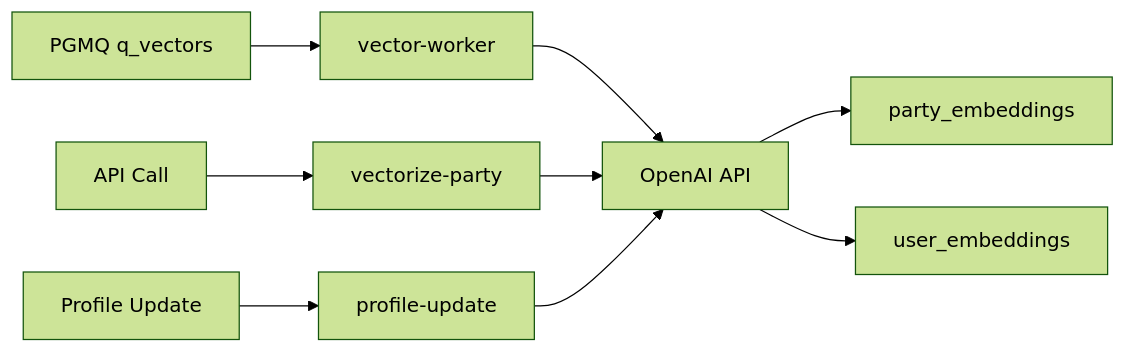
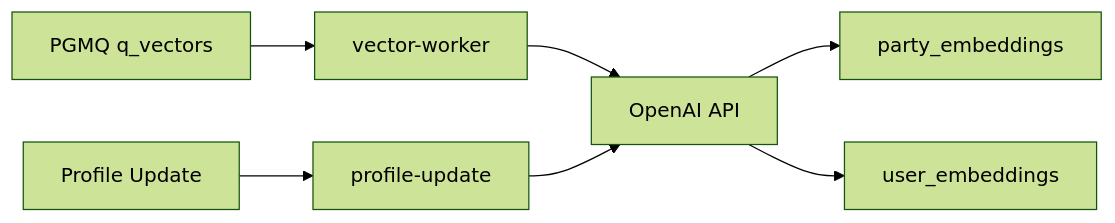
Before and after one commit to Mark-Yun/minglit: the diagram in docs/architecture/search-and-recommendation.md, drawn with Mermaid (forest theme). The commit also changed other lines of this file and 1 other file, not shown here.

First line of the commit message:
docs: architecture 문서 최신화 (2026-03-28 감사 기반)

````diff
--- a/docs/architecture/search-and-recommendation.md
+++ b/docs/architecture/search-and-recommendation.md
@@ -244,13 +245,11 @@
 ```mermaid
 flowchart LR
     A[PGMQ q_vectors] --> B[vector-worker]
-    C[API Call] --> D[vectorize-party]
     E[Profile Update] --> F[profile-update]
-    
+
     B --> G[OpenAI API]
-    D --> G
     F --> G
     
     G --> H[party_embeddings]
     G --> I[user_embeddings]
 ```
````
